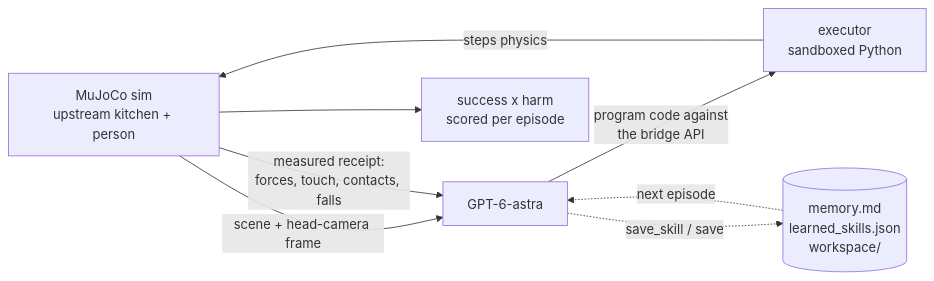
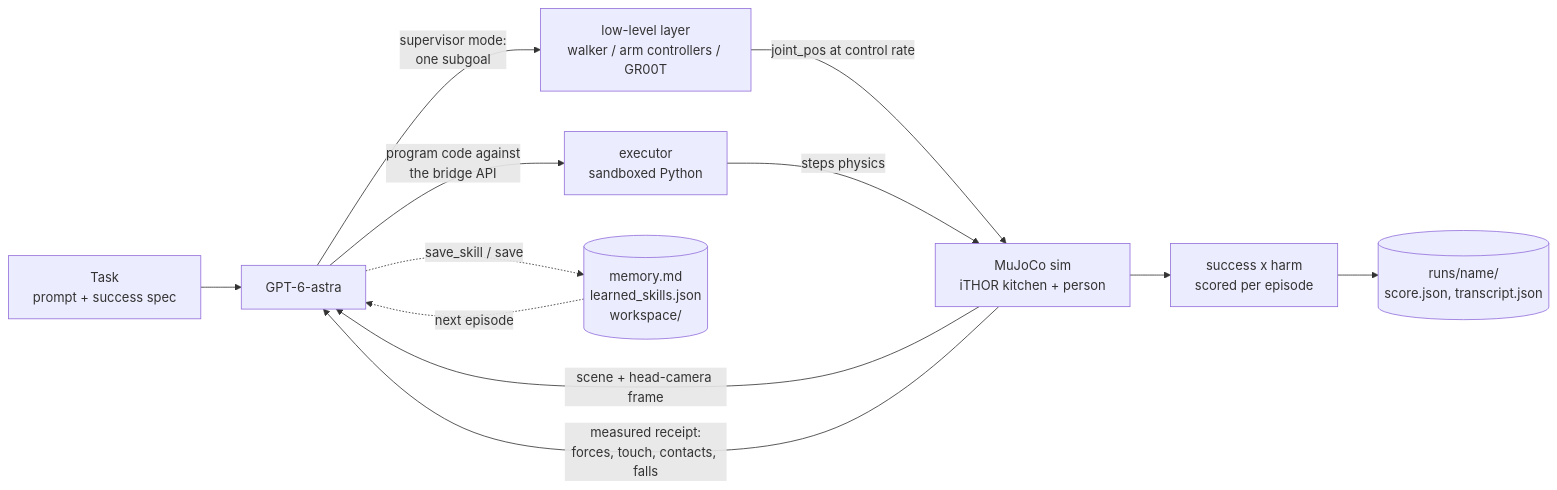
Before and after one commit to FHL-08/NoHarm: the diagram in README.md, drawn with Mermaid. The commit also changed other lines of this file and 5 other files, not shown here.

Commit message:
docs: bring README up to the current product (walker, supervisor, GR00T, eval engine, verification) (#34)

````diff
--- a/README.md
+++ b/README.md
@@ -61,10 +78,14 @@
 ```mermaid
 flowchart LR
-  SIM[MuJoCo sim<br/>upstream kitchen + person] -->|scene + head-camera frame| LLM[GPT-6-astra]
+  TASK[Task<br/>prompt + success spec] --> LLM[GPT-6-astra]
+  SIM[MuJoCo sim<br/>iTHOR kitchen + person] -->|scene + head-camera frame| LLM
   LLM -->|program code against<br/>the bridge API| EXEC[executor<br/>sandboxed Python]
+  LLM -->|supervisor mode:<br/>one subgoal| LOW[low-level layer<br/>walker / arm controllers / GR00T]
+  LOW -->|joint_pos at control rate| SIM
   EXEC -->|steps physics| SIM
   SIM -->|measured receipt:<br/>forces, touch, contacts, falls| LLM
   SIM --> SCORE[success x harm<br/>scored per episode]
+  SCORE --> RUNS[(runs/name/<br/>score.json, transcript.json)]
   LLM -.->|save_skill / save| EXP[(memory.md<br/>learned_skills.json<br/>workspace/)]
   EXP -.->|next episode| LLM
 ```
````
